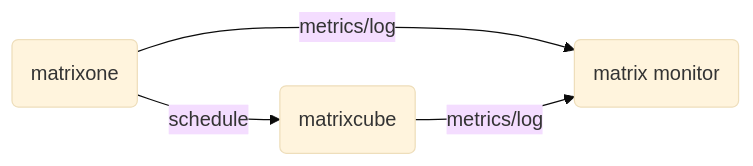
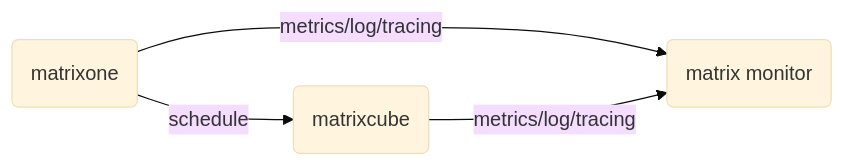
Before and after one commit to matrixorigin/matrixone-operator: the first of 5 diagrams in docs/architecture.md, drawn with Mermaid (base theme).

Commit message:
add graph info

````diff
--- a/docs/architecture.md
+++ b/docs/architecture.md
@@ -5,11 +5,11 @@
 ```mermaid
-graph LR 
+graph LR
     l1(matrixone)
     l3(matrix monitor)
     l2(matrixcube)
 
-    l1 -- metrics/log --> l3
-    l2 -- metrics/log --> l3
+    l1 -- metrics/log/tracing --> l3
+    l2 -- metrics/log/tracing --> l3
     l1 -- schedule --> l2
 
 ```
````
